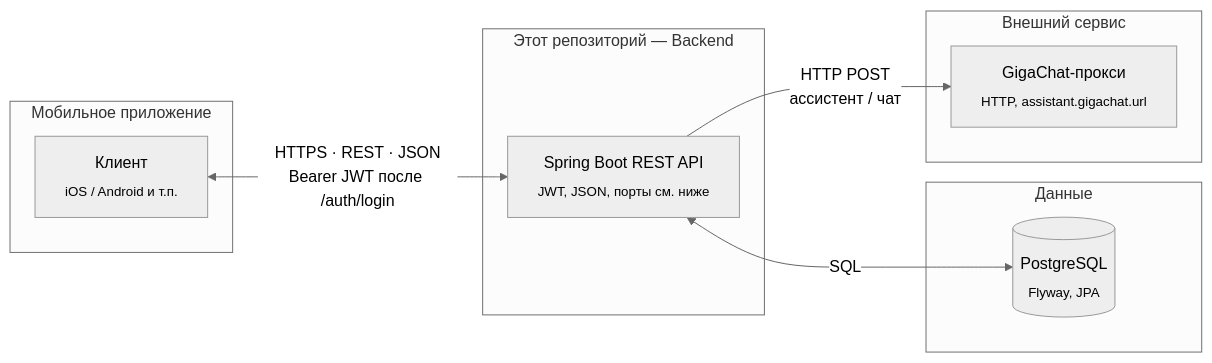
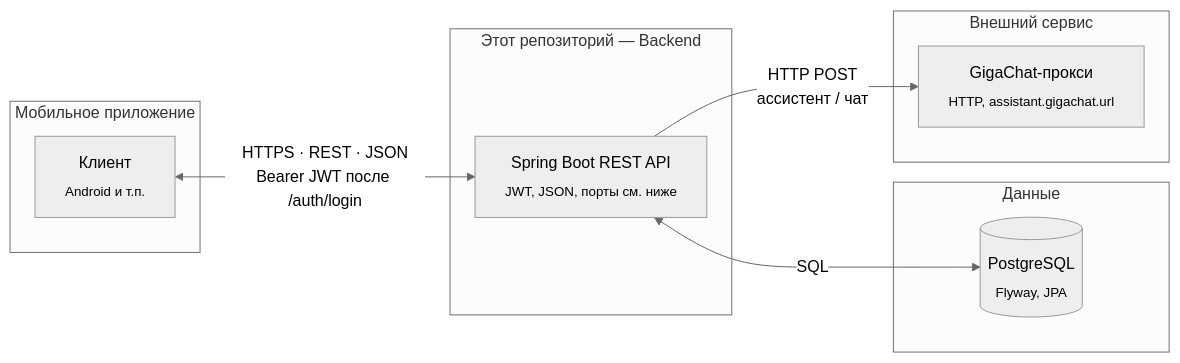
Before and after one commit to MCtext043/SMART_WALLET: the diagram in README.md, drawn with Mermaid (neutral theme).

````diff
--- a/README.md
+++ b/README.md
@@ -35,22 +35,22 @@
 ```mermaid
 flowchart LR
   subgraph MOBILE["Мобильное приложение"]
-    APP["Клиент<br/><sub>iOS / Android и т.п.</sub>"]
+    APP["Клиент<br/><sub>Android и т.п.</sub>"]
   end
 
   subgraph SERVER["Этот репозиторий — Backend"]
     BE["Spring Boot REST API<br/><sub>JWT, JSON, порты см. ниже</sub>"]
   end
 
   subgraph DATA["Данные"]
     PG[("PostgreSQL<br/><sub>Flyway, JPA</sub>")]
   end
 
   subgraph EXT["Внешний сервис"]
     GIGA["GigaChat-прокси<br/><sub>HTTP, assistant.gigachat.url</sub>"]
   end
 
   APP <-->|"HTTPS · REST · JSON<br/>Bearer JWT после /auth/login"| BE
   BE <-->|"SQL"| PG
   BE -->|"HTTP POST<br/>ассистент / чат"| GIGA
 ```
````
